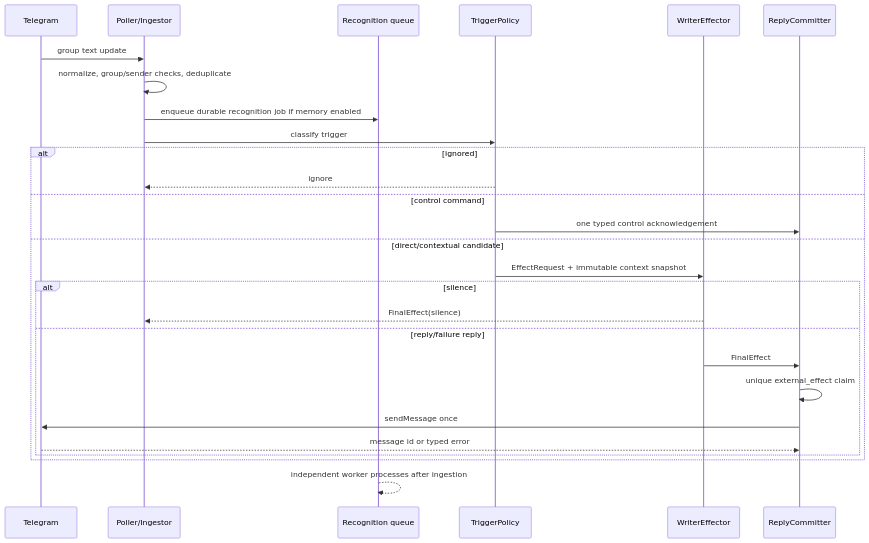
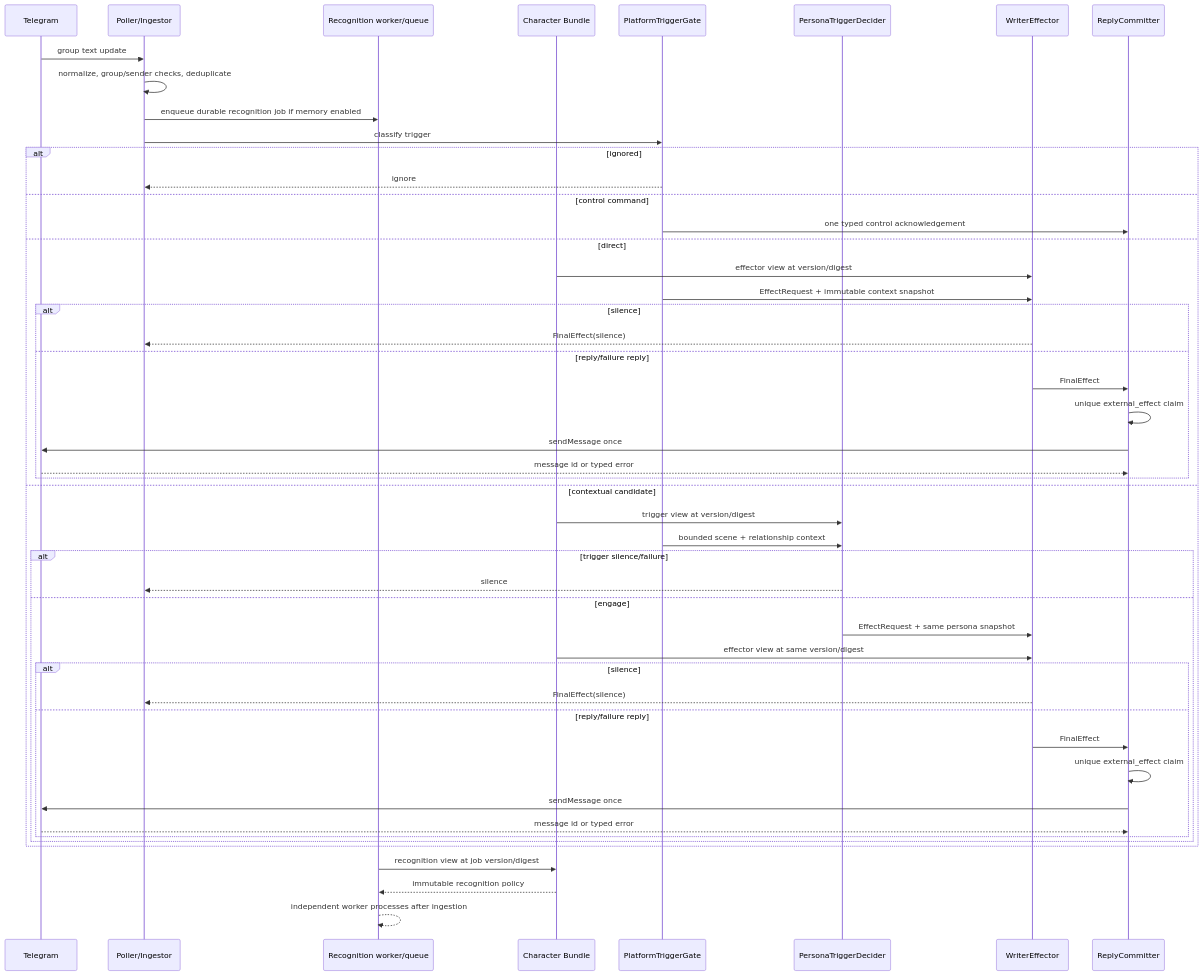
The second of 2 diagrams in docs/feature/maomao-persona-chat/design.md (zhanghao1903/chat-bot), drawn with Mermaid before and after one commit. The commit also changed other lines of this file, not shown here.

Commit message:
docs: make persona bundle drive runtime roles

````diff
--- a/docs/feature/maomao-persona-chat/design.md
+++ b/docs/feature/maomao-persona-chat/design.md
@@ -329,30 +388,52 @@
 ```mermaid
 sequenceDiagram
     participant T as Telegram
     participant P as Poller/Ingestor
-    participant R as Recognition queue
-    participant G as TriggerPolicy
+    participant R as Recognition worker/queue
+    participant B as Character Bundle
+    participant G as PlatformTriggerGate
+    participant D as PersonaTriggerDecider
     participant E as WriterEffector
     participant C as ReplyCommitter
 
     T->>P: group text update
     P->>P: normalize, group/sender checks, deduplicate
     P->>R: enqueue durable recognition job if memory enabled
     P->>G: classify trigger
     alt ignored
         G-->>P: ignore
     else control command
         G->>C: one typed control acknowledgement
-    else direct/contextual candidate
+    else direct
+        B->>E: effector view at version/digest
         G->>E: EffectRequest + immutable context snapshot
         alt silence
             E-->>P: FinalEffect(silence)
         else reply/failure reply
             E->>C: FinalEffect
             C->>C: unique external_effect claim
             C->>T: sendMessage once
             T-->>C: message id or typed error
         end
+    else contextual candidate
+        B->>D: trigger view at version/digest
+        G->>D: bounded scene + relationship context
+        alt trigger silence/failure
+            D-->>P: silence
+        else engage
+            D->>E: EffectRequest + same persona snapshot
+            B->>E: effector view at same version/digest
+            alt silence
+                E-->>P: FinalEffect(silence)
+            else reply/failure reply
+                E->>C: FinalEffect
+                C->>C: unique external_effect claim
+                C->>T: sendMessage once
+                T-->>C: message id or typed error
+            end
+        end
     end
+    R->>B: recognition view at job version/digest
+    B-->>R: immutable recognition policy
     R-->>R: independent worker processes after ingestion
 ```
````
